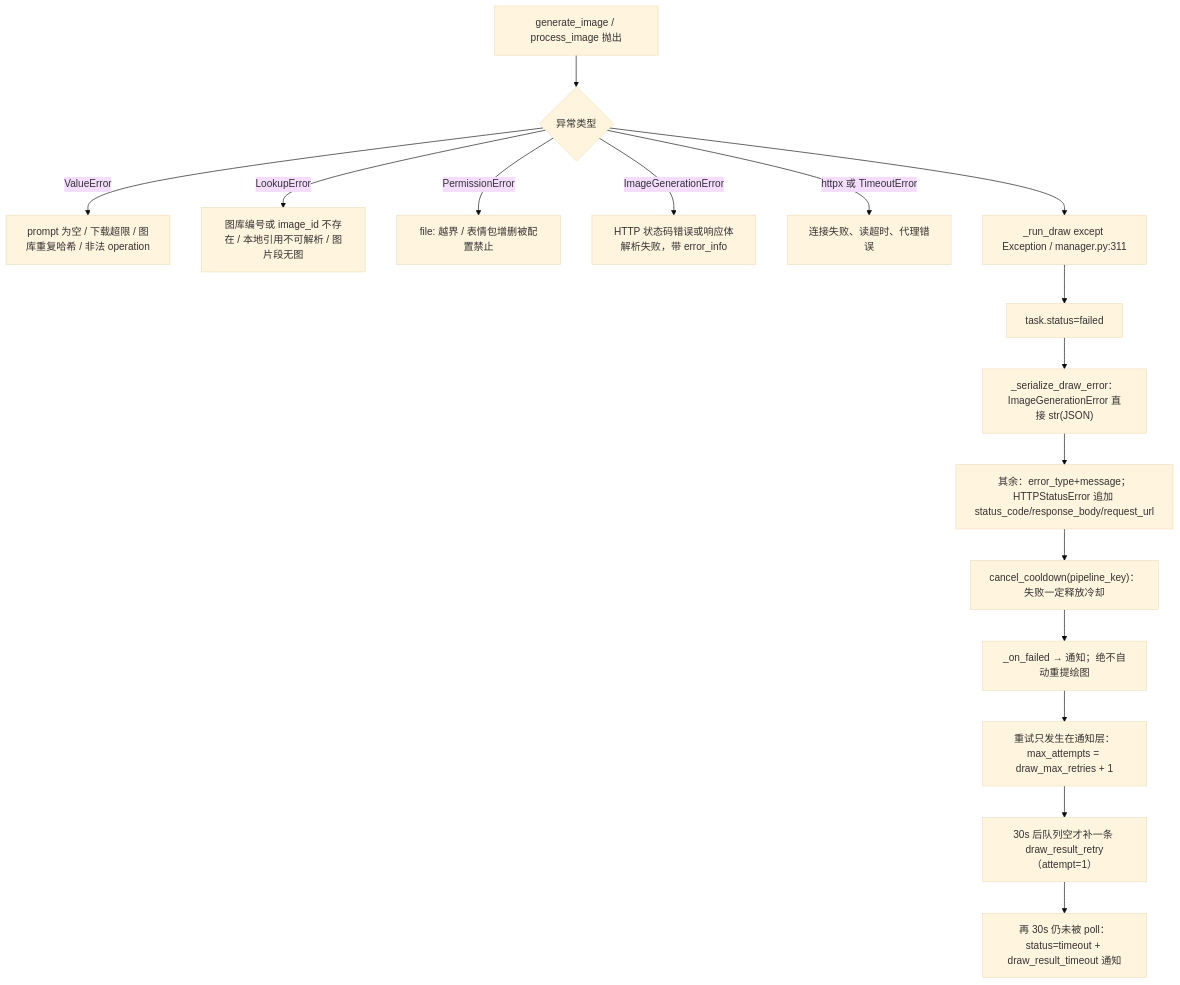
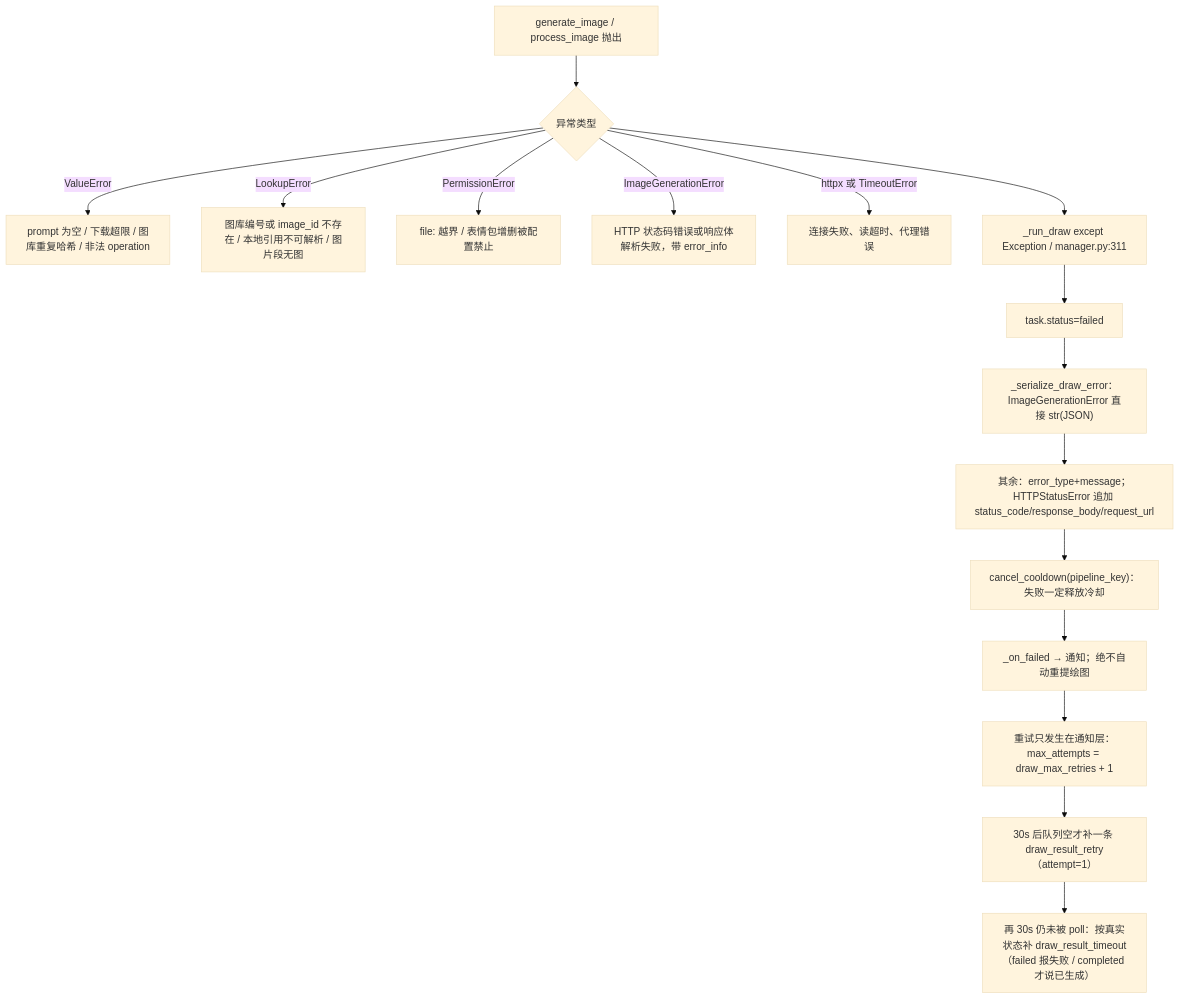
Before and after one commit to SuperQuail/NeoBot: the eighth of 13 diagrams in docs/flow/15-drawing.md, drawn with Mermaid (base theme). The commit also changed other lines of this file and 59 other files, not shown here.

First line of the commit message:
chore(release): 发布 1.2.4-a2（缺陷修复与图片、回复优化） (#79)

````diff
--- a/docs/flow/15-drawing.md
+++ b/docs/flow/15-drawing.md
@@ -263,18 +264,18 @@
 ```mermaid
 flowchart TD
     A["generate_image / process_image 抛出"] --> B{"异常类型"}
     B -- ValueError --> B1["prompt 为空 / 下载超限 / 图库重复哈希 / 非法 operation"]
     B -- LookupError --> B2["图库编号或 image_id 不存在 / 本地引用不可解析 / 图片段无图"]
     B -- PermissionError --> B3["file: 越界 / 表情包增删被配置禁止"]
     B -- ImageGenerationError --> B4["HTTP 状态码错误或响应体解析失败，带 error_info"]
     B -- httpx 或 TimeoutError --> B5["连接失败、读超时、代理错误"]
     B --> C["_run_draw except Exception / manager.py:311"]
     C --> C1["task.status=failed"]
     C1 --> C2["_serialize_draw_error：ImageGenerationError 直接 str(JSON)"]
     C2 --> C3["其余：error_type+message；HTTPStatusError 追加 status_code/response_body/request_url"]
     C3 --> C4["cancel_cooldown(pipeline_key)：失败一定释放冷却"]
     C4 --> C5["_on_failed → 通知；绝不自动重提绘图"]
     C5 --> D["重试只发生在通知层：max_attempts = draw_max_retries + 1"]
     D --> D1["30s 后队列空才补一条 draw_result_retry（attempt=1）"]
-    D1 --> D2["再 30s 仍未被 poll：status=timeout + draw_result_timeout 通知"]
+    D1 --> D2["再 30s 仍未被 poll：按真实状态补 draw_result_timeout<br/>（failed 报失败 / completed 才说已生成）"]
 ```
````
